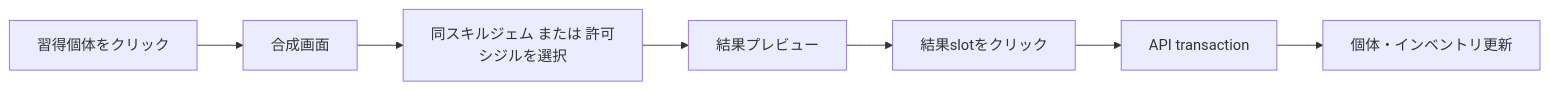
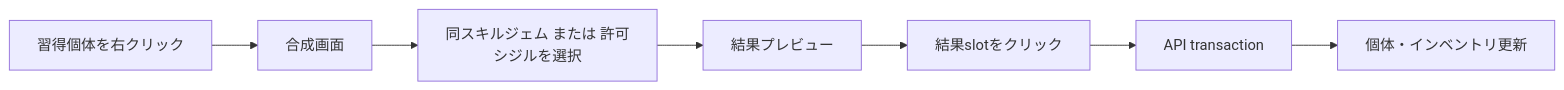
One commit to maaasu/AstralRecord-Workspace changed the third of 3 diagrams in 00_docs/10_Plugin設計書/feature/13-skill/4-統合フロー/13_4-スキルバインドGUI.md. Above: the diagram before and after it, drawn with Mermaid. The commit also changed other lines of this file and 23 other files, not shown here.

````diff
--- a/00_docs/10_Plugin設計書/feature/13-skill/4-統合フロー/13_4-スキルバインドGUI.md
+++ b/00_docs/10_Plugin設計書/feature/13-skill/4-統合フロー/13_4-スキルバインドGUI.md
@@ -55,9 +56,9 @@
 ```mermaid
 flowchart LR
-    A[習得個体をクリック] --> B[合成画面]
+    A[習得個体を右クリック] --> B[合成画面]
     B --> C[同スキルジェム または 許可シジルを選択]
     C --> D[結果プレビュー]
     D --> E[結果slotをクリック]
     E --> F[API transaction]
     F --> G[個体・インベントリ更新]
 ```
````
